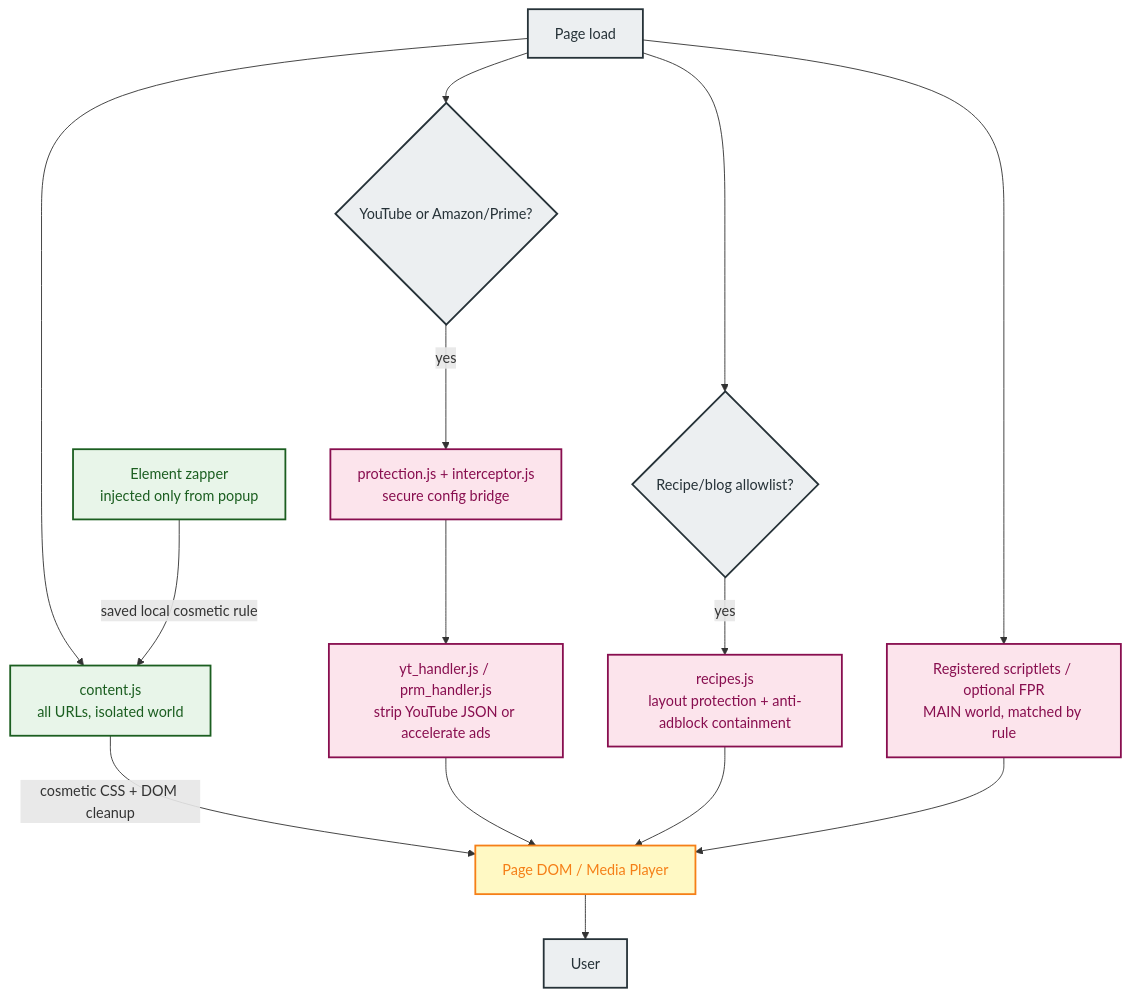
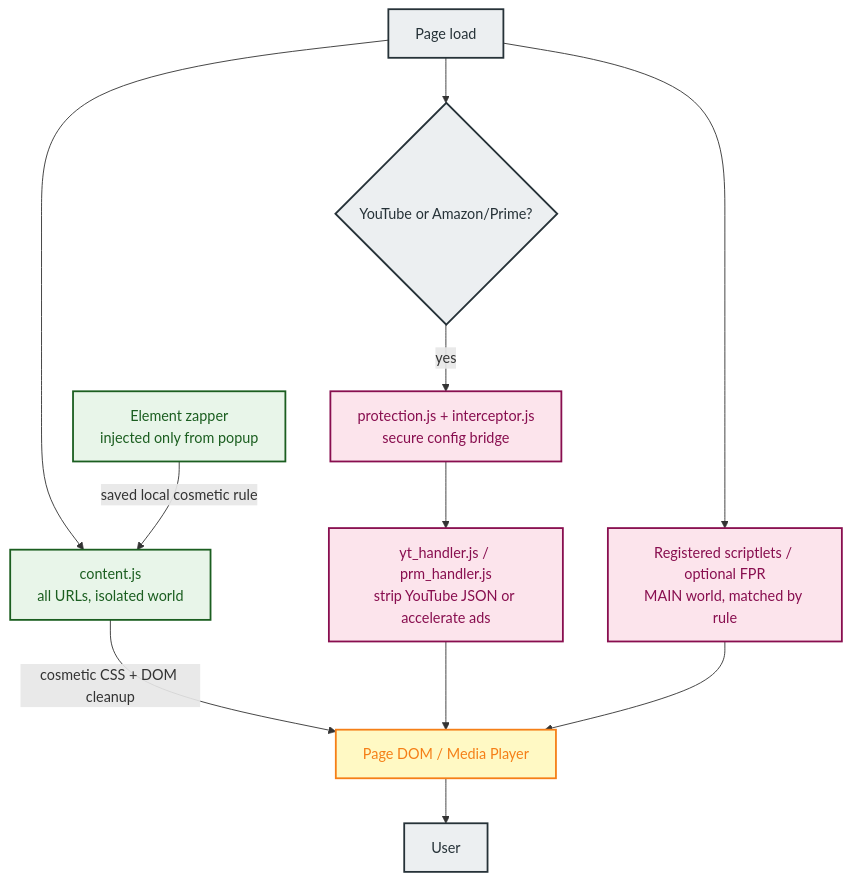
Before and after one commit to Dabrogost/Chroma-Ad-Blocker: the diagram in README.md, drawn with Mermaid. The commit also changed other lines of this file and 17 other files, not shown here.

````diff
--- a/README.md
+++ b/README.md
@@ -53,30 +59,26 @@
 ```mermaid
 graph TD
     classDef ext fill:#e8f5e9,color:#1b5e20,stroke:#1b5e20,stroke-width:2px
     classDef main fill:#fce4ec,color:#880e4f,stroke:#880e4f,stroke-width:2px
     classDef page fill:#fff9c4,color:#f57f17,stroke:#f57f17,stroke-width:2px
     classDef actor fill:#eceff1,color:#263238,stroke:#263238,stroke-width:2px
 
     LOAD["Page load"]:::actor
     PAGE["Page DOM / Media Player"]:::page
     USER["User"]:::actor
 
     LOAD --> CONTENT["content.js<br/>all URLs, isolated world"]:::ext
     CONTENT -->|"cosmetic CSS + DOM cleanup"| PAGE
 
     LOAD --> MEDIA{"YouTube or Amazon/Prime?"}:::actor
     MEDIA -->|"yes"| BRIDGE["protection.js + interceptor.js<br/>secure config bridge"]:::main
     BRIDGE --> HANDLERS["yt_handler.js / prm_handler.js<br/>strip YouTube JSON or accelerate ads"]:::main
     HANDLERS --> PAGE
 
-    LOAD --> RECIPES{"Recipe/blog allowlist?"}:::actor
-    RECIPES -->|"yes"| RECIPE["recipes.js<br/>layout protection + anti-adblock containment"]:::main
-    RECIPE --> PAGE
-
     LOAD --> SCRIPTLETS["Registered scriptlets / optional FPR<br/>MAIN world, matched by rule"]:::main
     SCRIPTLETS --> PAGE
 
     ZAP["Element zapper<br/>injected only from popup"]:::ext -->|"saved local cosmetic rule"| CONTENT
 
     PAGE --> USER
 ```
````
